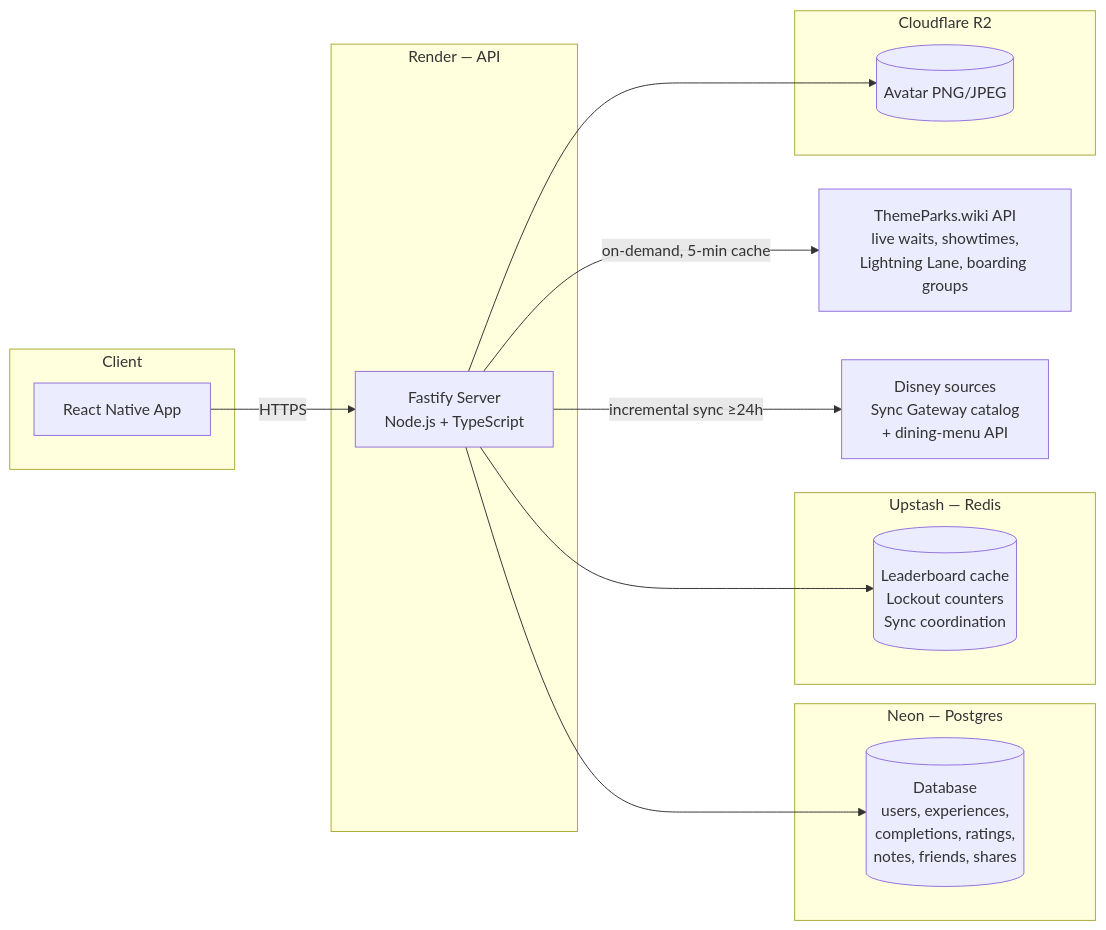
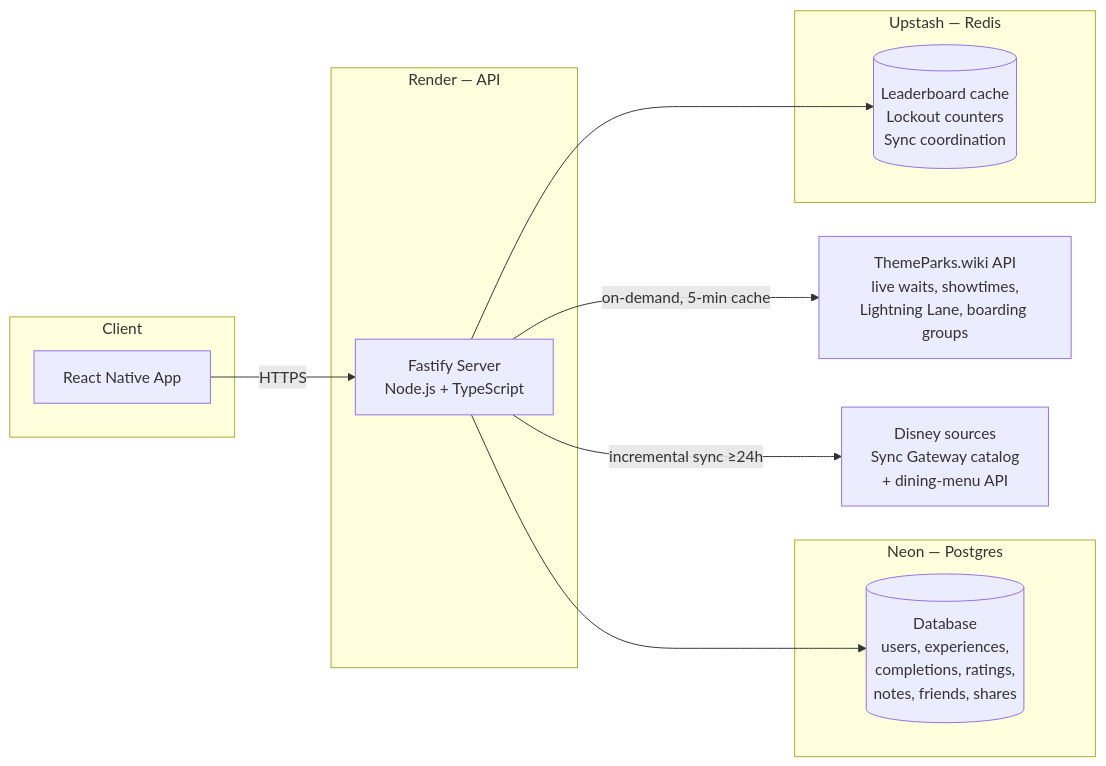
Before and after one commit to knicksak2/disney-world-tracker: the first of 2 diagrams in docs/hosting.md, drawn with Mermaid. The commit also changed other lines of this file and 69 other files, not shown here.

````diff
--- a/docs/hosting.md
+++ b/docs/hosting.md
@@ -29,32 +29,27 @@
 ```mermaid
 graph LR
     subgraph Client
         App[React Native App]
     end
 
     subgraph Render["Render — API"]
         API[Fastify Server<br/>Node.js + TypeScript]
     end
 
     subgraph Neon["Neon — Postgres"]
         PG[(Database<br/>users, experiences,<br/>completions, ratings,<br/>notes, friends, shares)]
     end
 
     subgraph Upstash["Upstash — Redis"]
         Redis[(Leaderboard cache<br/>Lockout counters<br/>Sync coordination)]
     end
 
-    subgraph R2["Cloudflare R2"]
-        Avatars[(Avatar PNG/JPEG)]
-    end
-
     Live[ThemeParks.wiki API<br/>live waits, showtimes,<br/>Lightning Lane, boarding groups]
     Disney[Disney sources<br/>Sync Gateway catalog<br/>+ dining-menu API]
 
     App -->|HTTPS| API
     API --> PG
     API --> Redis
-    API --> Avatars
     API -->|on-demand, 5-min cache| Live
     API -->|incremental sync ≥24h| Disney
 ```
````
